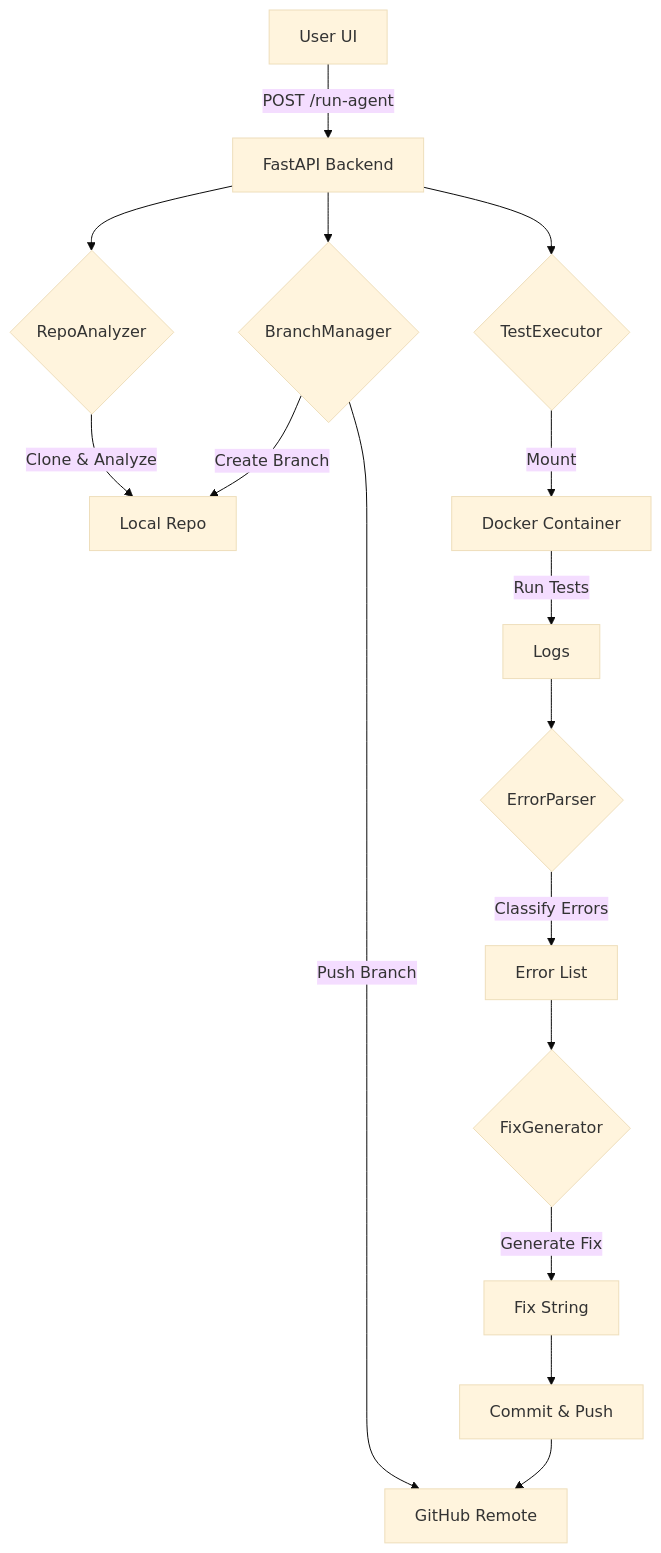
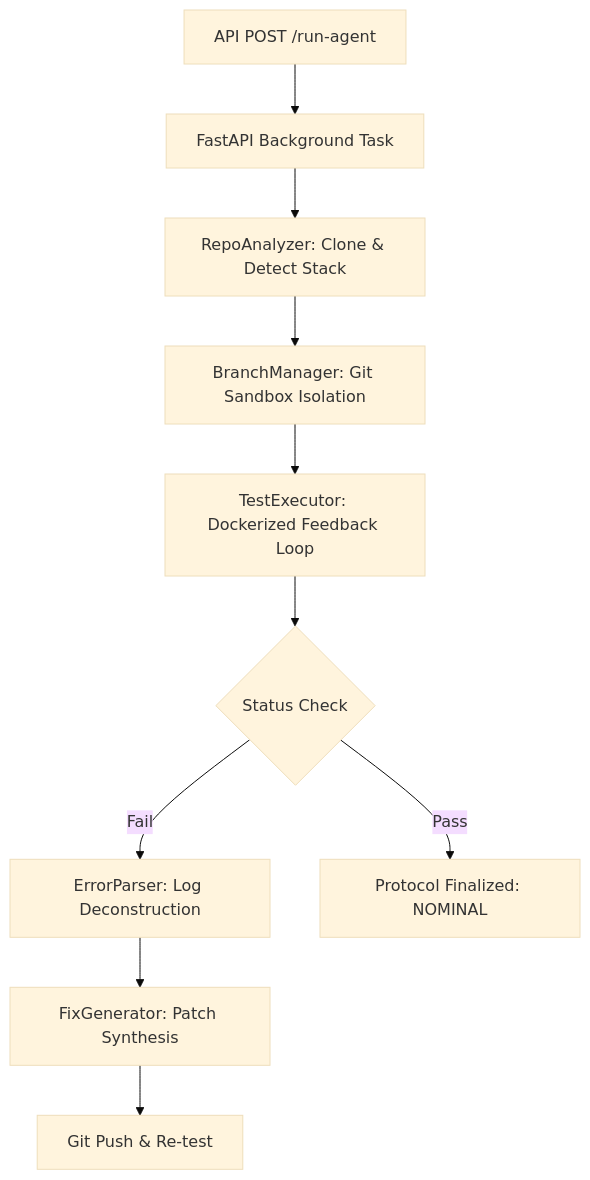
The diagram in README.md (abhinandan4dev/fixora_devops), drawn with Mermaid (base theme) before and after one commit. The commit also changed other lines of this file and 2 other files, not shown here.

````diff
--- a/README.md
+++ b/README.md
@@ -117,18 +14,12 @@
 ```mermaid
 graph TD
-    A[User UI] -->|POST /run-agent| B[FastAPI Backend]
-    B --> C{RepoAnalyzer}
-    C -->|Clone & Analyze| D[Local Repo]
-    B --> E{BranchManager}
-    E -->|Create Branch| D
-    E -->|Push Branch| F[GitHub Remote]
-    B --> G{TestExecutor}
-    G -->|Mount| H[Docker Container]
-    H -->|Run Tests| I[Logs]
-    I --> J{ErrorParser}
-    J -->|Classify Errors| K[Error List]
-    K --> L{FixGenerator}
-    L -->|Generate Fix| M[Fix String]
-    M --> N[Commit & Push]
-    N --> F
+    A[API POST /run-agent] --> B[FastAPI Background Task]
+    B --> C[RepoAnalyzer: Clone & Detect Stack]
+    C --> D[BranchManager: Git Sandbox Isolation]
+    D --> E[TestExecutor: Dockerized Feedback Loop]
+    E --> F{Status Check}
+    F -->|Fail| G[ErrorParser: Log Deconstruction]
+    G --> H[FixGenerator: Patch Synthesis]
+    H --> I[Git Push & Re-test]
+    F -->|Pass| J[Protocol Finalized: NOMINAL]
 ```
````
